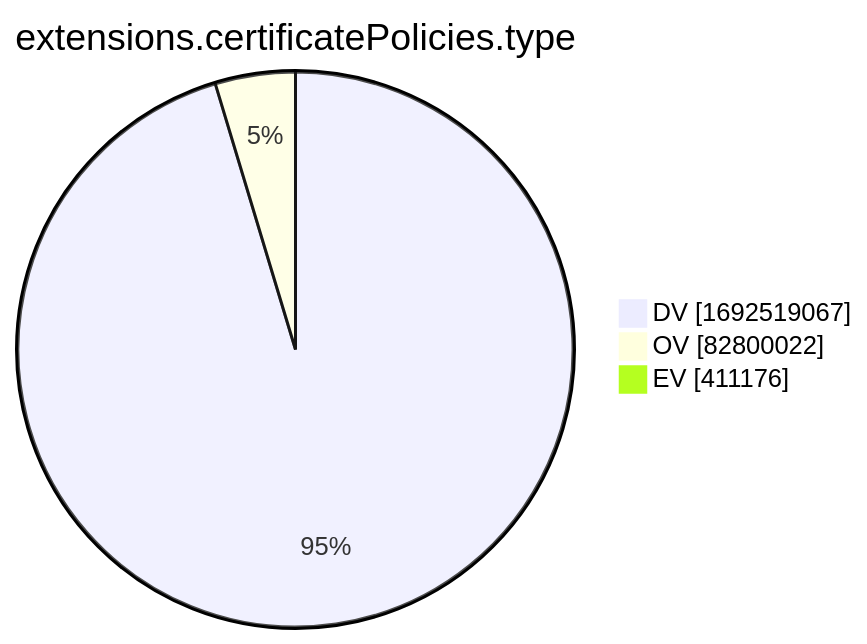
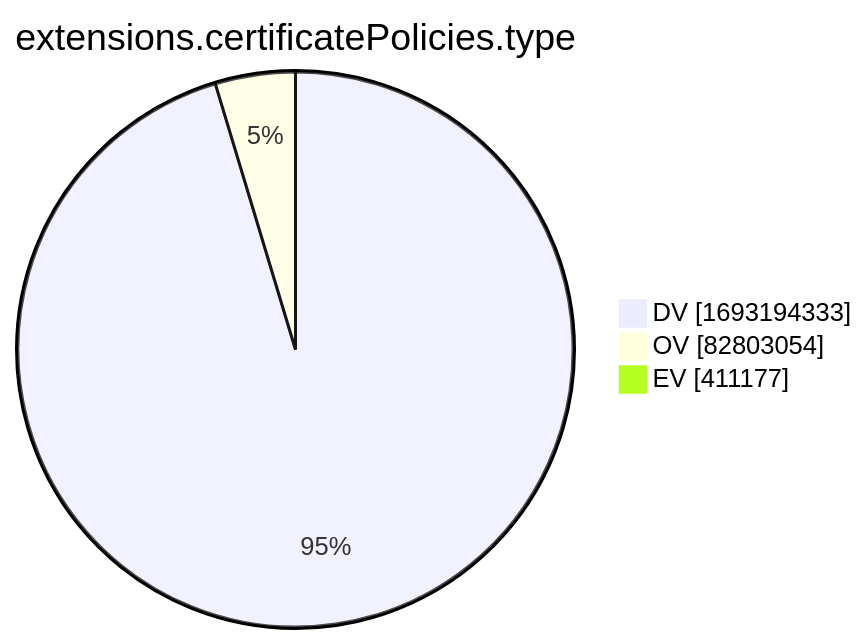
One commit to christiankrug/ctmonitor_visualization changed the tenth of 15 diagrams in xenon2022/README.md. Above: the diagram before and after it, drawn with Mermaid. The commit also changed other lines of this file, not shown here.

````diff
--- a/xenon2022/README.md
+++ b/xenon2022/README.md
@@ -2881,7 +2881,7 @@
 ```mermaid
 pie showData
 title extensions.certificatePolicies.type
-"DV" :1692519067
-"OV" :82800022
-"EV" :411176
+"DV" :1693194333
+"OV" :82803054
+"EV" :411177
 ```
````
